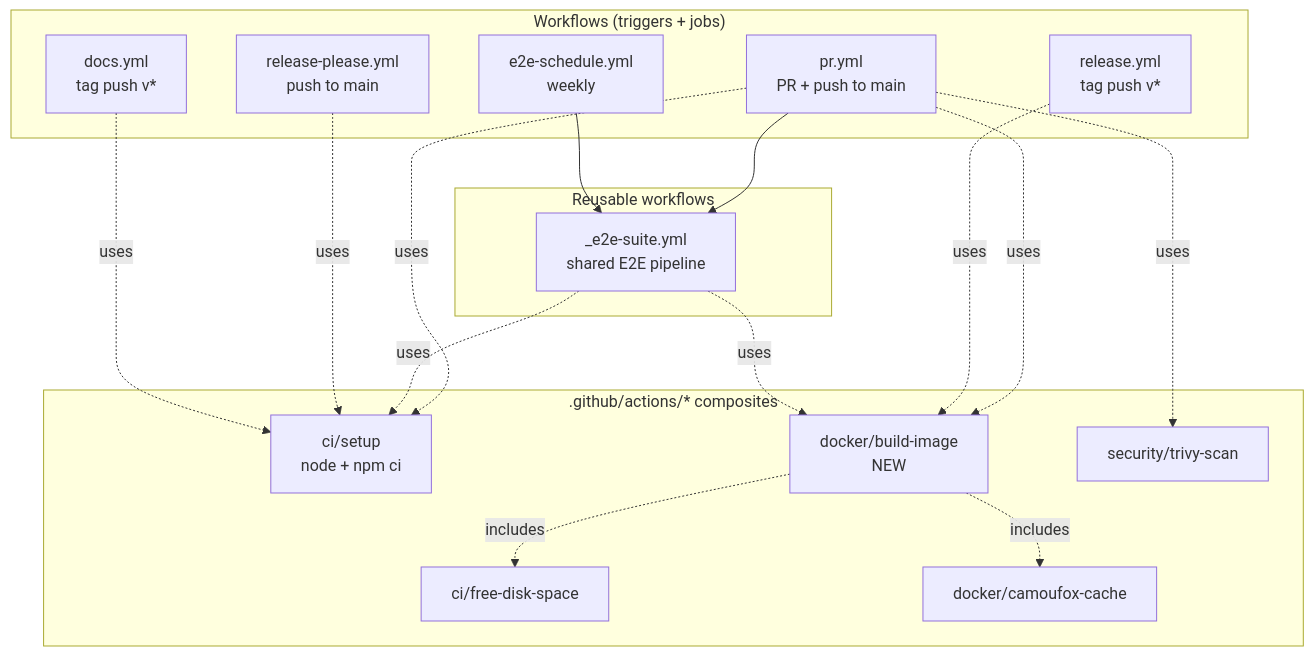
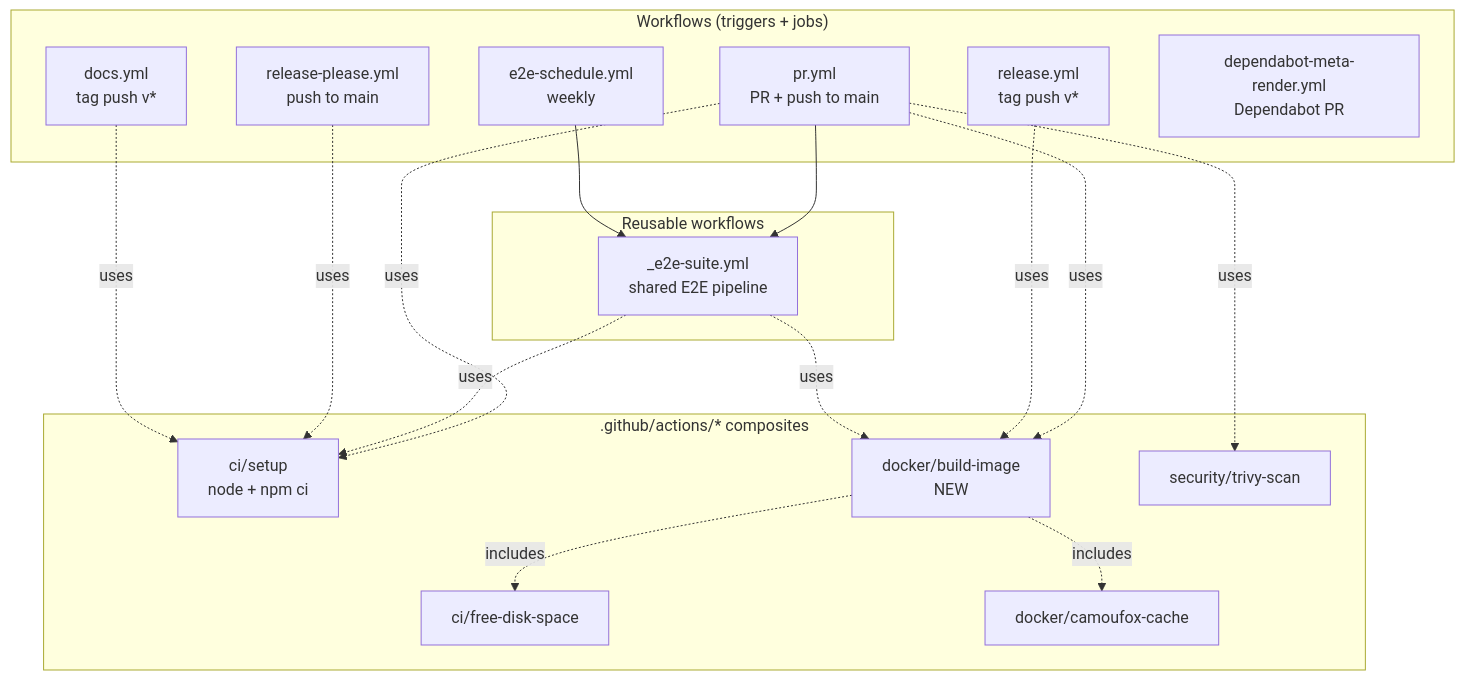
One commit to sergienko4/israeli-bank-scrapers-to-actual-budget changed the first of 2 diagrams in docs/architecture/ci-pipeline.md. Above: the diagram before and after it, drawn with Mermaid. The commit also changed other lines of this file and 1 other file, not shown here.

````diff
--- a/docs/architecture/ci-pipeline.md
+++ b/docs/architecture/ci-pipeline.md
@@ -20,35 +20,36 @@
 ```mermaid
 graph TD
   subgraph Workflows["Workflows (triggers + jobs)"]
     PR[pr.yml<br/>PR + push to main]
     REL[release.yml<br/>tag push v*]
     SCH[release-please.yml<br/>push to main]
     DOCS[docs.yml<br/>tag push v*]
     E2ES[e2e-schedule.yml<br/>weekly]
+    DMR[dependabot-meta-render.yml<br/>Dependabot PR]
   end
 
   subgraph Reusable["Reusable workflows"]
     E2E[_e2e-suite.yml<br/>shared E2E pipeline]
   end
 
   subgraph Composites[".github/actions/* composites"]
     SETUP[ci/setup<br/>node + npm ci]
     FREE[ci/free-disk-space]
     CAM[docker/camoufox-cache]
     BUILD[docker/build-image<br/>NEW]
     TRIVY[security/trivy-scan]
   end
 
   PR --> E2E
   E2ES --> E2E
   PR -.uses.-> SETUP
   PR -.uses.-> BUILD
   PR -.uses.-> TRIVY
   REL -.uses.-> BUILD
   E2E -.uses.-> SETUP
   E2E -.uses.-> BUILD
   SCH -.uses.-> SETUP
   DOCS -.uses.-> SETUP
   BUILD -.includes.-> FREE
   BUILD -.includes.-> CAM
 ```
````
